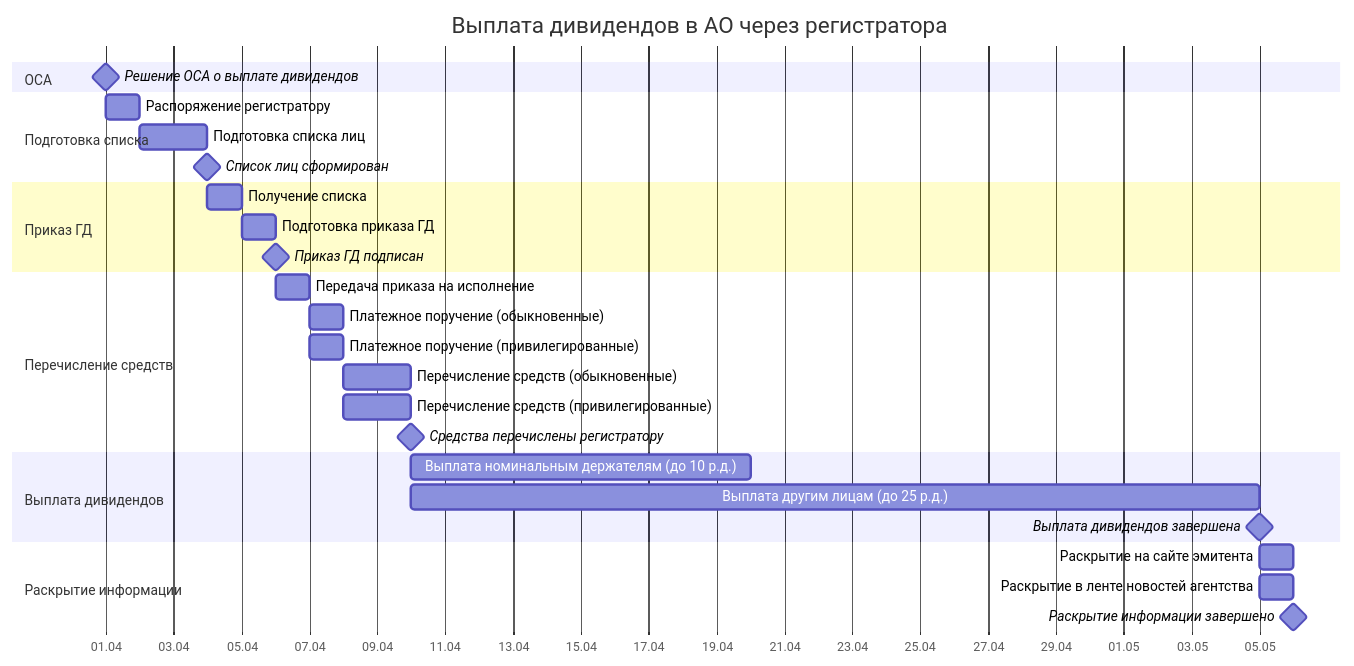
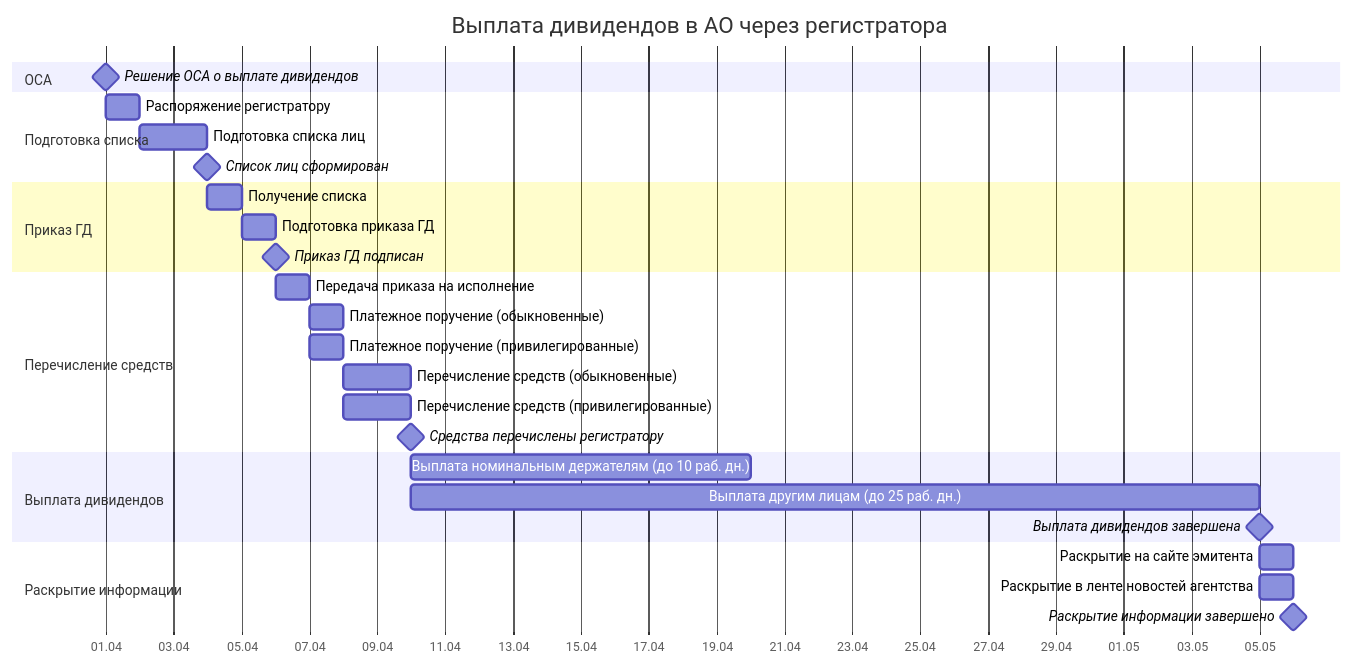
The diagram in docs/domain/dividend-distribution-gantt.md (arsenyuk/SamorodinkaTech.Fiducia), drawn with Mermaid before and after one commit. The commit also changed other lines of this file and 12 other files, not shown here.

First line of the commit message:
feat(gantt): add SS/FS/phase gates/integration milestones conventions

````diff
--- a/docs/domain/dividend-distribution-gantt.md
+++ b/docs/domain/dividend-distribution-gantt.md
@@ -42,37 +42,37 @@
 ```mermaid
 gantt
     title Выплата дивидендов в АО через регистратора
     dateFormat  YYYY-MM-DD
     axisFormat  %d.%m
 
     section ОСА
     Решение ОСА о выплате дивидендов           :milestone, s0, 2026-04-01, 0d
 
     section Подготовка списка
     Распоряжение регистратору                  :s1, after s0, 1d
     Подготовка списка лиц                      :s2, after s1, 2d
     Список лиц сформирован                    :milestone, s3, after s2, 0d
 
     section Приказ ГД
     Получение списка                           :s4, after s3, 1d
     Подготовка приказа ГД                      :s5, after s4, 1d
     Приказ ГД подписан                         :milestone, s6, after s5, 0d
 
     section Перечисление средств
     Передача приказа на исполнение             :s7, after s6, 1d
     Платежное поручение (обыкновенные)         :s8, after s7, 1d
     Платежное поручение (привилегированные)    :s9, after s7, 1d
     Перечисление средств (обыкновенные)        :s10, after s8, 2d
     Перечисление средств (привилегированные)   :s11, after s9, 2d
     Средства перечислены регистратору          :milestone, s12, after s10 s11, 0d
 
     section Выплата дивидендов
-    Выплата номинальным держателям (до 10 р.д.) :s13, after s12, 10d
-    Выплата другим лицам (до 25 р.д.)          :s14, after s12, 25d
+    Выплата номинальным держателям (до 10 раб. дн.) :s13, after s12, 10d
+    Выплата другим лицам (до 25 раб. дн.)          :s14, after s12, 25d
     Выплата дивидендов завершена               :milestone, s15, after s13 s14, 0d
 
     section Раскрытие информации
     Раскрытие на сайте эмитента                :s16, after s15, 1d
     Раскрытие в ленте новостей агентства        :s17, after s15, 1d
     Раскрытие информации завершено              :milestone, s18, after s16 s17, 0d
 ```
````
